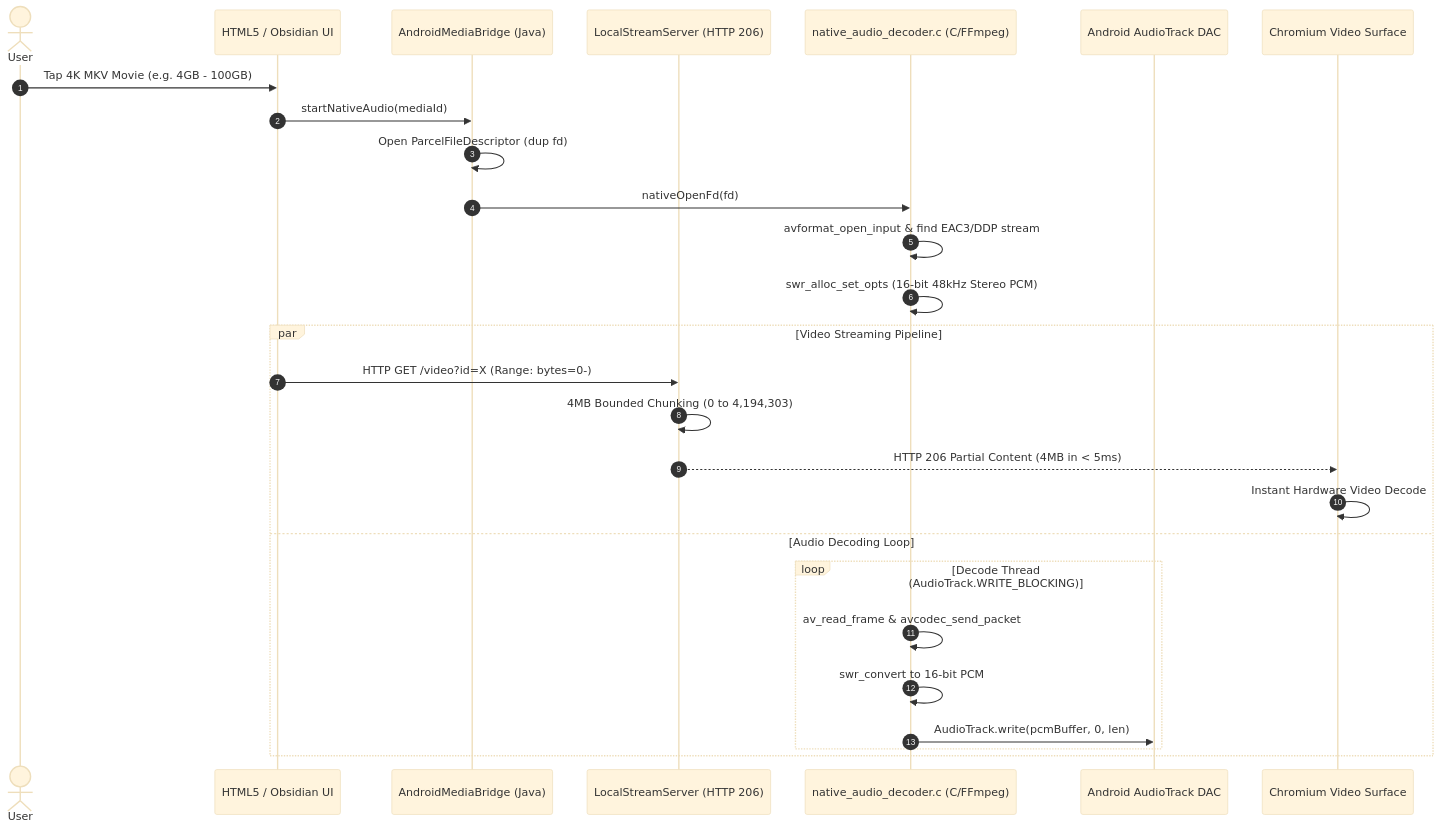
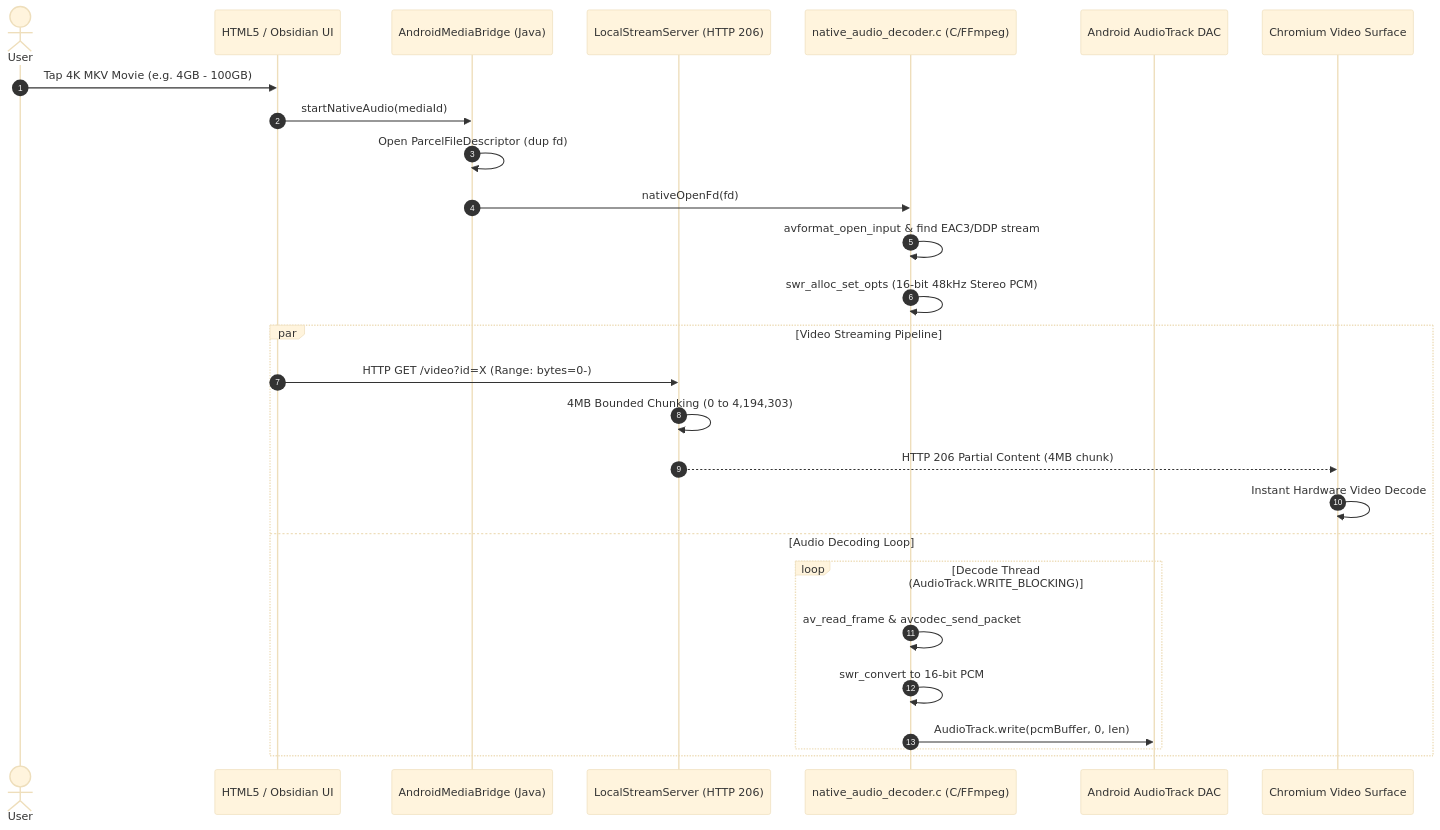
Before and after one commit to Abhiboss07/HindiIPTVValidator: the first of 5 diagrams in README.md, drawn with Mermaid (base theme). The commit also changed other lines of this file and 2 other files, not shown here.

Commit message:
security: comprehensive production audit — fix 11 issues across security, memory, correctness, and docs
SECURITY:
- SEC-1: Disable WebView remote debugging in production (guard with FLAG_DEBUGGABLE)
- SEC-2: Disable AllowUniversalAccessFromFileURLs, use COMPATIBILITY mixed content
- SEC-3: Add explicit NumberFormatException handling for HTTP server id param
- SEC-5: Add NULL check for avformat_alloc_context() preventing SIGSEGV
- SEC-6: Add NULL checks for av_packet_alloc/av_frame_alloc
- SEC-7: Check avcodec_send_packet return to prevent infinite loop on corrupt files

MEMORY/RESOURCES:
- MEM-1: Join decode thread before nativeClose to prevent use-after-free
- MEM-2: Replace unbounded thread creation with 4-thread pool for HTTP server
- MEM-3: Stop native decoder on Activity destroy (prevent thread/AudioTrack leaks)
- MEM-4: Fix AVIO buffer potential double-free in nativeClose

ROBUSTNESS:
- ROB-1: Log HTTP server handler exceptions instead of silent swallowing

DOCS:
- DOC-1: Remove unsubstantiated sub-5ms/sub-10ms latency claims from README

````diff
--- a/README.md
+++ b/README.md
@@ -81,31 +81,31 @@
 ```mermaid
 sequenceDiagram
     autonumber
     actor User
     participant UI as HTML5 / Obsidian UI
     participant Bridge as AndroidMediaBridge (Java)
     participant Server as LocalStreamServer (HTTP 206)
     participant JNI as native_audio_decoder.c (C/FFmpeg)
     participant AudioTrack as Android AudioTrack DAC
     participant Video as Chromium Video Surface
 
     User->>UI: Tap 4K MKV Movie (e.g. 4GB - 100GB)
     UI->>Bridge: startNativeAudio(mediaId)
     Bridge->>Bridge: Open ParcelFileDescriptor (dup fd)
     Bridge->>JNI: nativeOpenFd(fd)
     JNI->>JNI: avformat_open_input & find EAC3/DDP stream
     JNI->>JNI: swr_alloc_set_opts (16-bit 48kHz Stereo PCM)
     
     par Video Streaming Pipeline
         UI->>Server: HTTP GET /video?id=X (Range: bytes=0-)
         Server->>Server: 4MB Bounded Chunking (0 to 4,194,303)
-        Server-->>Video: HTTP 206 Partial Content (4MB in < 5ms)
+        Server-->>Video: HTTP 206 Partial Content (4MB chunk)
         Video->>Video: Instant Hardware Video Decode
     and Audio Decoding Loop
         loop Decode Thread (AudioTrack.WRITE_BLOCKING)
             JNI->>JNI: av_read_frame & avcodec_send_packet
             JNI->>JNI: swr_convert to 16-bit PCM
             JNI->>AudioTrack: AudioTrack.write(pcmBuffer, 0, len)
         end
     end
 ```
````
